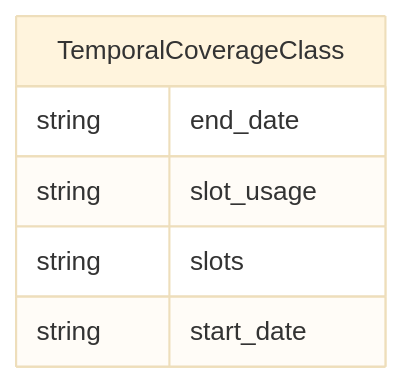
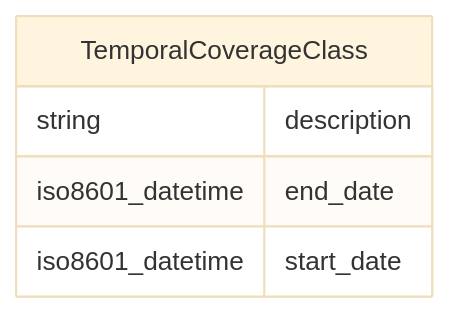
The diagram in docs/elements/classes/TemporalCoverageClass.md (pals-project/pals-facility-config), drawn with Mermaid (base theme) before and after one commit. The commit also changed other lines of this file and 23 other files, not shown here.

````diff
--- a/docs/elements/classes/TemporalCoverageClass.md
+++ b/docs/elements/classes/TemporalCoverageClass.md
@@ -23,12 +23,11 @@
 ```mermaid
 erDiagram
 TemporalCoverageClass {
-    string end_date  
-    string slot_usage  
-    string slots  
-    string start_date  
+    string description  
+    iso8601_datetime end_date  
+    iso8601_datetime start_date  
 }
 
 
 
 ```
````
